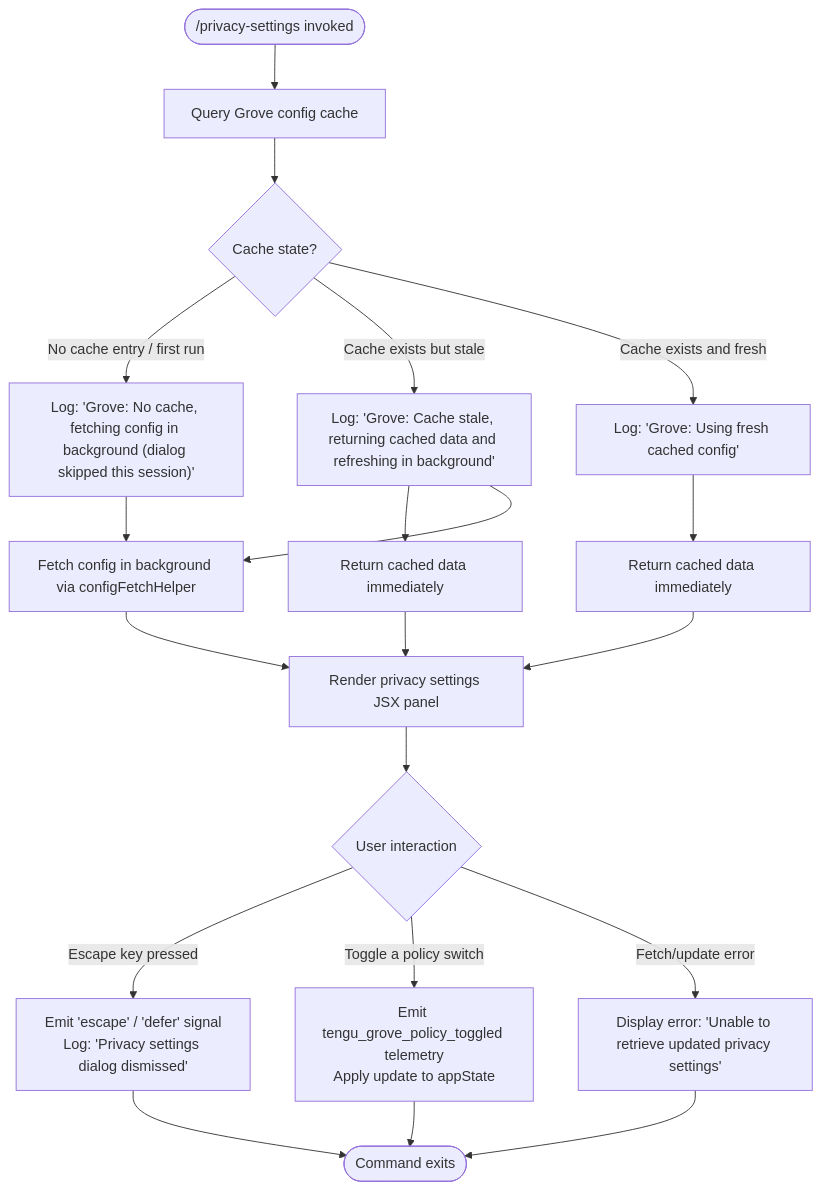
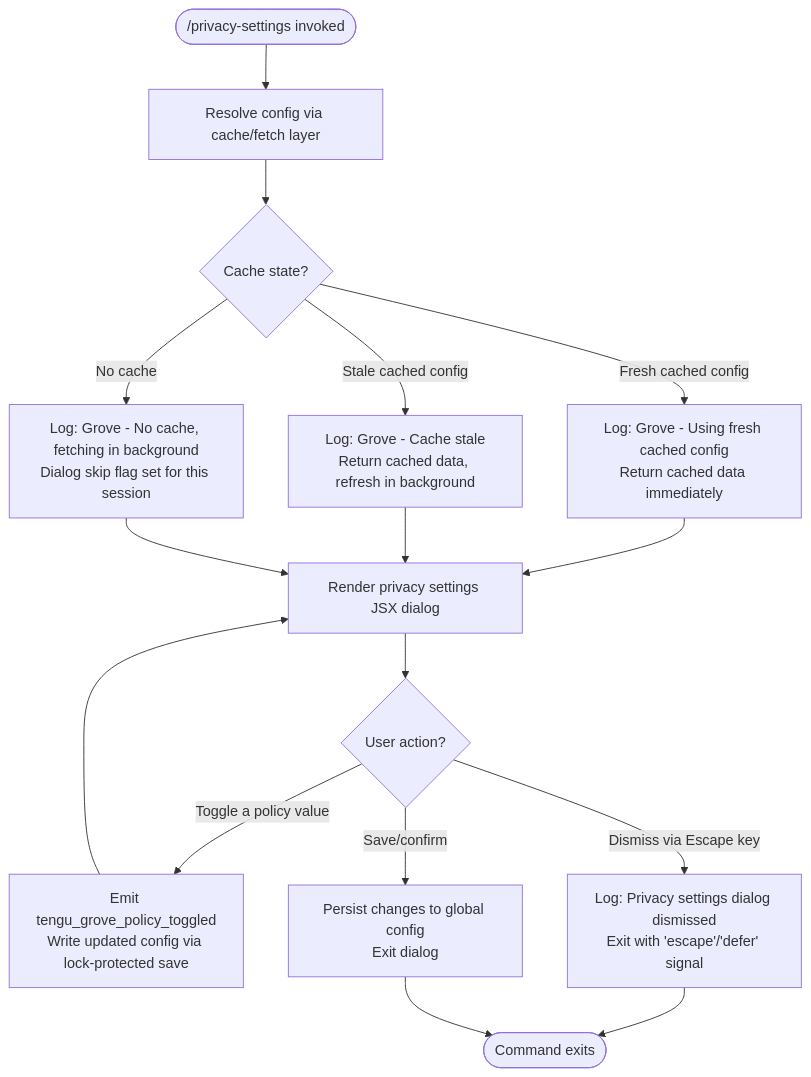
Before and after one commit to MyLittleLuckyDog/cc-gnothi: the diagram in versions/v2.1.143/privacy-settings.md, drawn with Mermaid. The commit also changed other lines of this file and 87 other files, not shown here.

````diff
--- a/versions/v2.1.143/privacy-settings.md
+++ b/versions/v2.1.143/privacy-settings.md
@@ -45,22 +46,18 @@
 ```mermaid
 flowchart TD
-    A(["/privacy-settings invoked"]) --> B[Query Grove config cache]
+    A(["/privacy-settings invoked"]) --> B[Resolve config via cache/fetch layer]
     B --> C{Cache state?}
-    C -->|No cache entry / first run| D["Log: 'Grove: No cache, fetching config in background (dialog skipped this session)'"]
-    C -->|Cache exists but stale| E["Log: 'Grove: Cache stale, returning cached data and refreshing in background'"]
-    C -->|Cache exists and fresh| F["Log: 'Grove: Using fresh cached config'"]
-    D --> G[Fetch config in background via configFetchHelper]
-    E --> H[Return cached data immediately]
+    C -->|Fresh cached config| D["Log: Grove - Using fresh cached config\nReturn cached data immediately"]
+    C -->|Stale cached config| E["Log: Grove - Cache stale\nReturn cached data, refresh in background"]
+    C -->|No cache| F["Log: Grove - No cache, fetching in background\nDialog skip flag set for this session"]
+    D --> G[Render privacy settings JSX dialog]
     E --> G
-    F --> I[Return cached data immediately]
-    H --> J[Render privacy settings JSX panel]
-    I --> J
-    G --> J
-    J --> K{User interaction}
-    K -->|Escape key pressed| L["Emit 'escape' / 'defer' signal\nLog: 'Privacy settings dialog dismissed'"]
-    K -->|Toggle a policy switch| M["Emit tengu_grove_policy_toggled telemetry\nApply update to appState"]
-    K -->|Fetch/update error| N["Display error: 'Unable to retrieve updated privacy settings'"]
-    L --> O([Command exits])
-    M --> O
-    N --> O
+    F --> G
+    G --> H{User action?}
+    H -->|Toggle a policy value| I[Emit tengu_grove_policy_toggled\nWrite updated config via lock-protected save]
+    H -->|Dismiss via Escape key| J["Log: Privacy settings dialog dismissed\nExit with 'escape'/'defer' signal"]
+    H -->|Save/confirm| K[Persist changes to global config\nExit dialog]
+    I --> G
+    J --> L([Command exits])
+    K --> L
 ```
````
